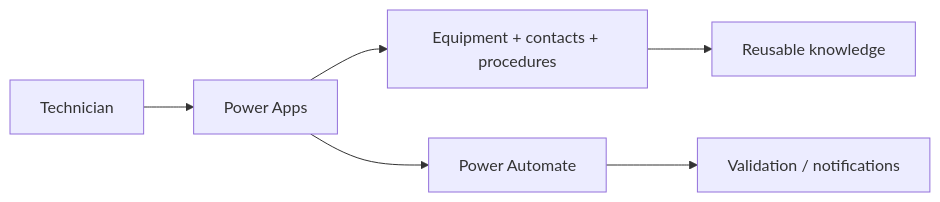
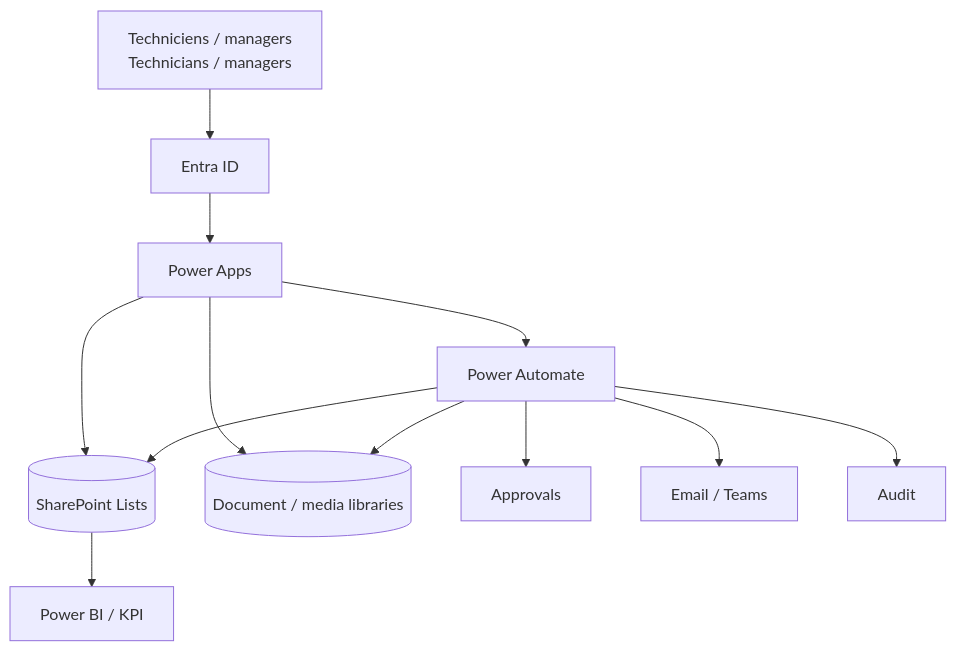
The diagram in projects/building-operations-hub/docs/ARCHITECTURE.md (jeffersonkuku/jefferson-Mawapanga-Saku), drawn with Mermaid before and after one commit. The commit also changed other lines of this file and 13 other files, not shown here.

````diff
--- a/projects/building-operations-hub/docs/ARCHITECTURE.md
+++ b/projects/building-operations-hub/docs/ARCHITECTURE.md
@@ -11,8 +5,14 @@
 ```mermaid
-flowchart LR
-    U[Technician] --> A[Power Apps]
-    A --> D[Equipment + contacts + procedures]
-    A --> W[Power Automate]
-    W --> V[Validation / notifications]
-    D --> K[Reusable knowledge]
+flowchart TB
+    U[Techniciens / managers<br/>Technicians / managers] --> ID[Entra ID]
+    ID --> APP[Power Apps]
+    APP --> SP[(SharePoint Lists)]
+    APP --> LIB[(Document / media libraries)]
+    APP --> FLOW[Power Automate]
+    FLOW --> SP
+    FLOW --> LIB
+    FLOW --> APPR[Approvals]
+    FLOW --> MSG[Email / Teams]
+    FLOW --> AUD[Audit]
+    SP --> BI[Power BI / KPI]
 ```
````
